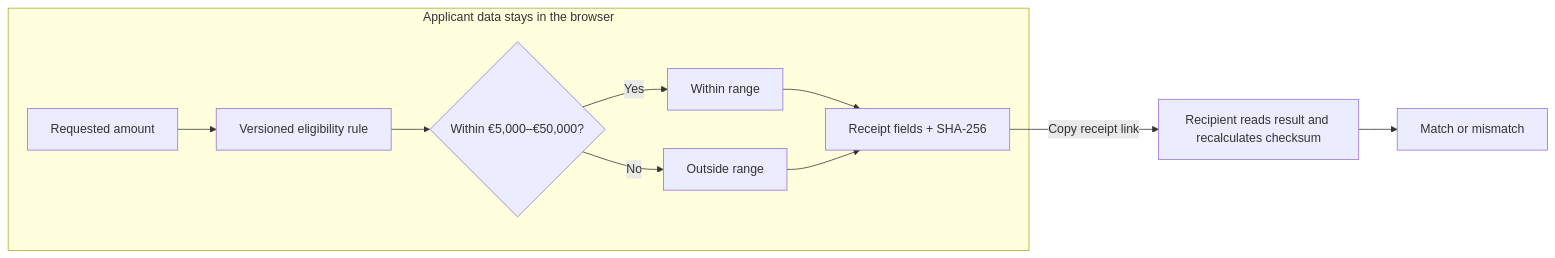
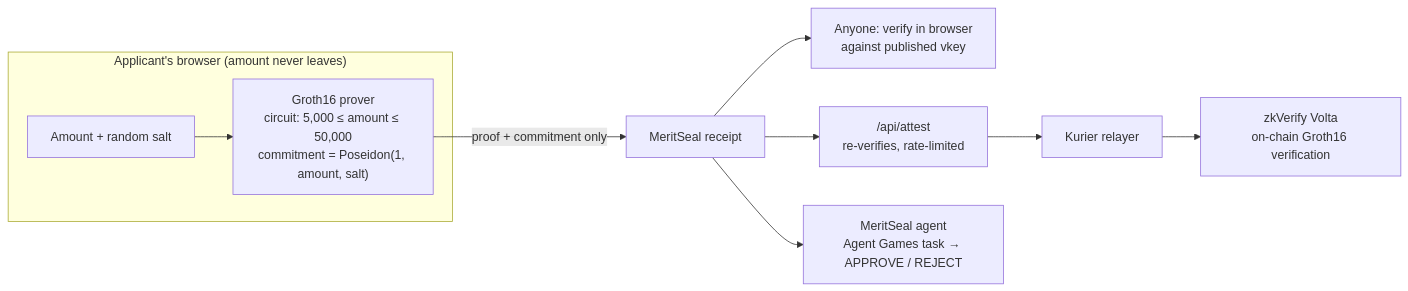
Before and after one commit to thesithunyein/meritseal: the diagram in README.md, drawn with Mermaid. The commit also changed other lines of this file and 23 other files, not shown here.

````diff
--- a/README.md
+++ b/README.md
@@ -32,13 +33,11 @@
 ```mermaid
 flowchart LR
-    subgraph Browser["Applicant data stays in the browser"]
-        Amount["Requested amount"] --> Rule["Versioned eligibility rule"]
-        Rule --> Decision{"Within €5,000–€50,000?"}
-        Decision -->|Yes| Pass["Within range"]
-        Decision -->|No| Reject["Outside range"]
-        Pass --> Receipt["Receipt fields + SHA-256"]
-        Reject --> Receipt
+    subgraph Browser["Applicant's browser (amount never leaves)"]
+        A["Amount + random salt"] --> P["Groth16 prover<br/>circuit: 5,000 ≤ amount ≤ 50,000<br/>commitment = Poseidon(1, amount, salt)"]
     end
-    Receipt -->|"Copy receipt link"| Checker["Recipient reads result and recalculates checksum"]
-    Checker --> Result["Match or mismatch"]
+    P -->|"proof + commitment only"| R["MeritSeal receipt"]
+    R --> V1["Anyone: verify in browser<br/>against published vkey"]
+    R --> S["/api/attest<br/>re-verifies, rate-limited"]
+    S --> K["Kurier relayer"] --> Z["zkVerify Volta<br/>on-chain Groth16 verification"]
+    R --> AG["MeritSeal agent<br/>Agent Games task → APPROVE / REJECT"]
 ```
````
